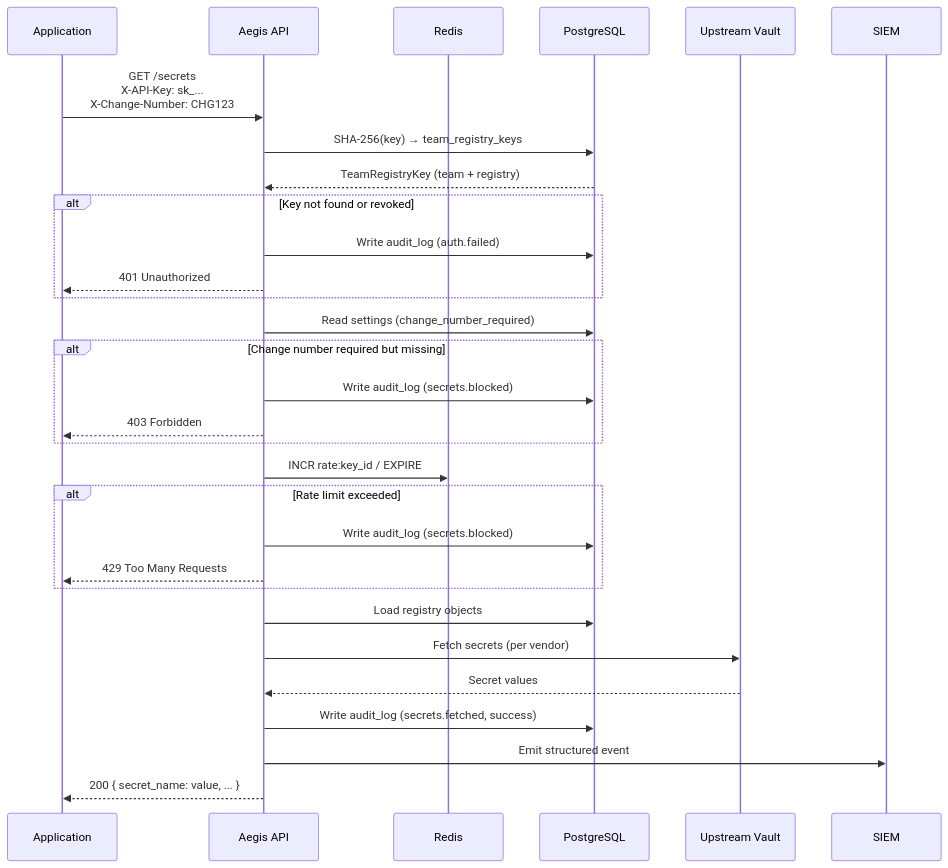
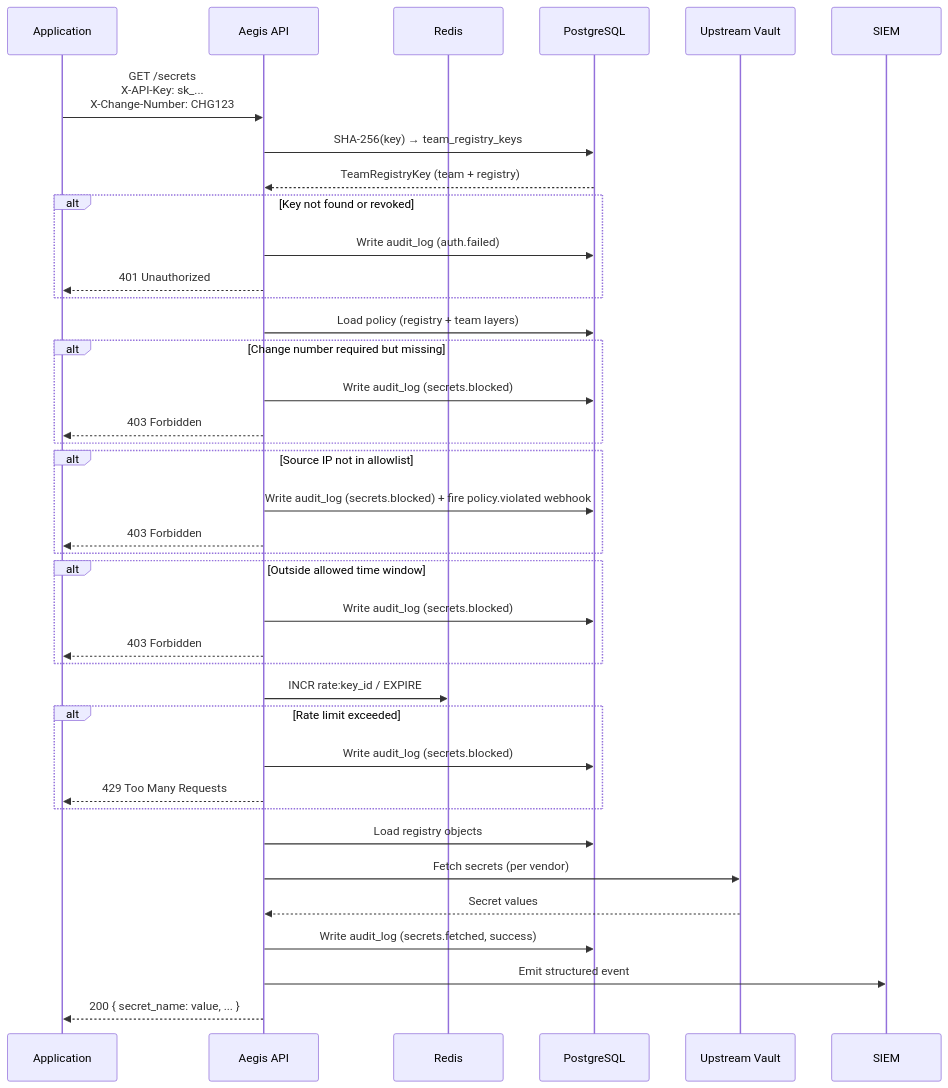
Before and after one commit to gustav0thethird/Aegis: the third of 4 diagrams in README.md, drawn with Mermaid. The commit also changed other lines of this file and 14 other files, not shown here.

````diff
--- a/README.md
+++ b/README.md
@@ -267,40 +352,50 @@
 ```mermaid
 sequenceDiagram
     participant App as Application
     participant Aegis as Aegis API
     participant Redis as Redis
     participant DB as PostgreSQL
     participant Vault as Upstream Vault
     participant SIEM as SIEM
 
     App->>Aegis: GET /secrets<br/>X-API-Key: sk_...<br/>X-Change-Number: CHG123
 
     Aegis->>DB: SHA-256(key) → team_registry_keys
     DB-->>Aegis: TeamRegistryKey (team + registry)
 
     alt Key not found or revoked
         Aegis->>DB: Write audit_log (auth.failed)
         Aegis-->>App: 401 Unauthorized
     end
 
-    Aegis->>DB: Read settings (change_number_required)
+    Aegis->>DB: Load policy (registry + team layers)
     alt Change number required but missing
+        Aegis->>DB: Write audit_log (secrets.blocked)
+        Aegis-->>App: 403 Forbidden
+    end
+
+    alt Source IP not in allowlist
+        Aegis->>DB: Write audit_log (secrets.blocked) + fire policy.violated webhook
+        Aegis-->>App: 403 Forbidden
+    end
+
+    alt Outside allowed time window
         Aegis->>DB: Write audit_log (secrets.blocked)
         Aegis-->>App: 403 Forbidden
     end
 
     Aegis->>Redis: INCR rate:key_id / EXPIRE
     alt Rate limit exceeded
         Aegis->>DB: Write audit_log (secrets.blocked)
         Aegis-->>App: 429 Too Many Requests
     end
 
     Aegis->>DB: Load registry objects
     Aegis->>Vault: Fetch secrets (per vendor)
     Vault-->>Aegis: Secret values
 
     Aegis->>DB: Write audit_log (secrets.fetched, success)
     Aegis->>SIEM: Emit structured event
 
     Aegis-->>App: 200 { secret_name: value, ... }
 ```
````
